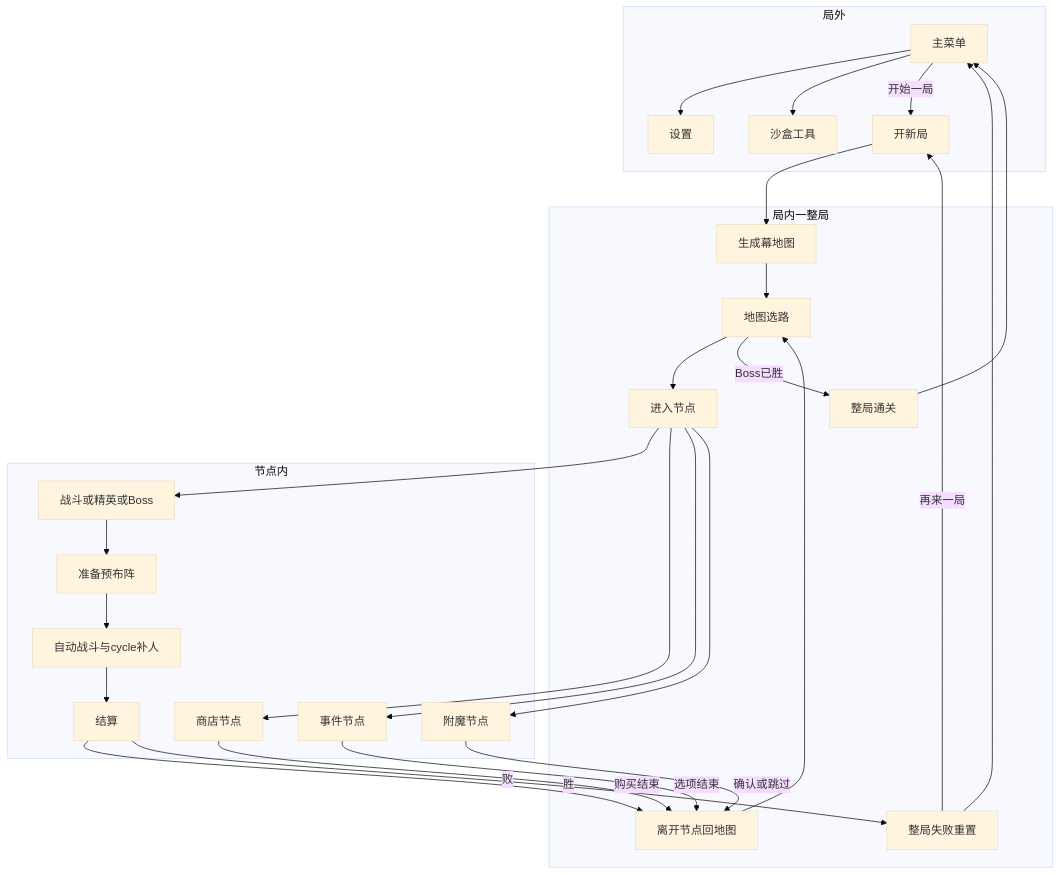
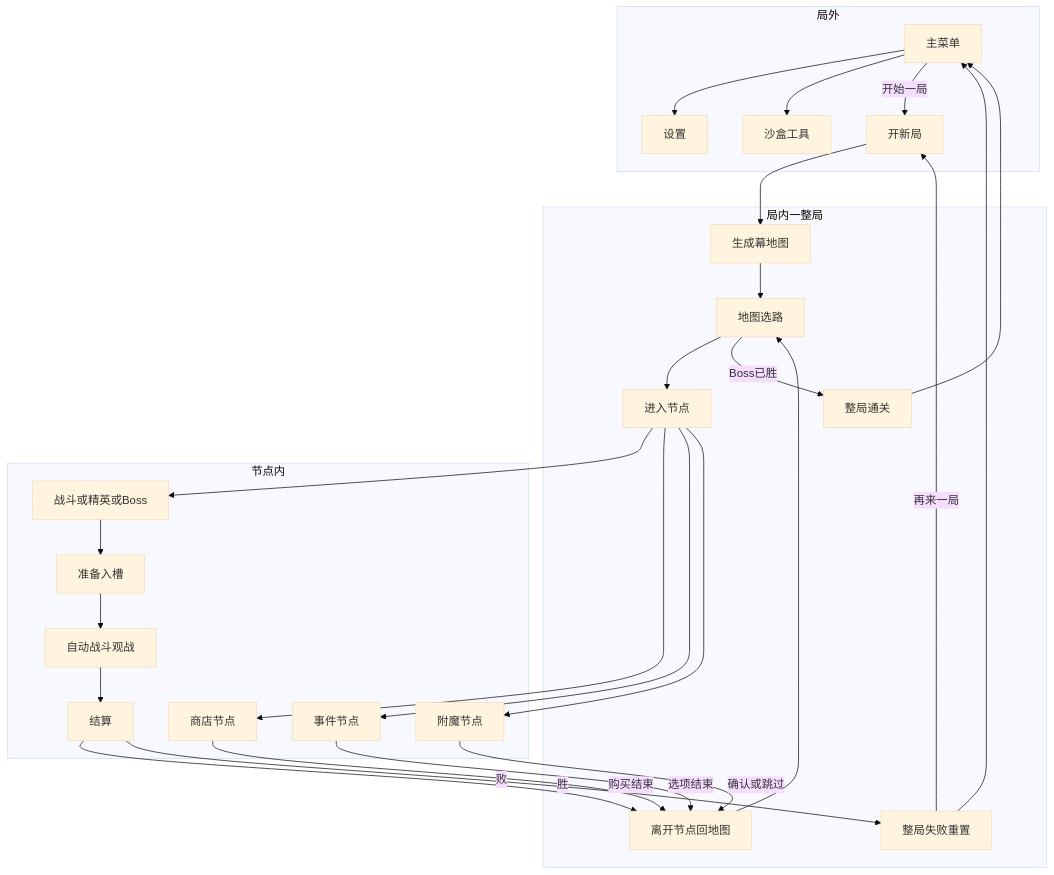
One commit to Kanerickyz/Godot-Project---Clash-royale-like-Game changed the diagram in Documents/Features/GAME_LOOP.md. Above: the diagram before and after it, drawn with Mermaid (base theme). The commit also changed other lines of this file and 15 other files, not shown here.

````diff
--- a/Documents/Features/GAME_LOOP.md
+++ b/Documents/Features/GAME_LOOP.md
@@ -101,48 +101,48 @@
 ```mermaid
 flowchart TD
   subgraph Meta[局外]
     MainMenu[主菜单]
     Settings[设置]
     Sandbox[沙盒工具]
     MainMenu --> Settings
     MainMenu --> Sandbox
     MainMenu -->|开始一局| NewRun[开新局]
   end
 
   subgraph RunLoop[局内一整局]
     GenMap[生成幕地图]
     MapSelect[地图选路]
     EnterNode[进入节点]
     LeaveNode[离开节点回地图]
     RunWin[整局通关]
     RunLose[整局失败重置]
     NewRun --> GenMap --> MapSelect
     MapSelect --> EnterNode
     LeaveNode --> MapSelect
     MapSelect -->|Boss已胜| RunWin
   end
 
   subgraph NodeInner[节点内]
     CombatNode[战斗或精英或Boss]
     ShopNode[商店节点]
     EventNode[事件节点]
     EnchantNode[附魔节点]
-    Prep[准备预布阵]
-    AutoCombat[自动战斗与cycle补人]
+    Prep[准备入槽]
+    AutoCombat[自动战斗观战]
     Resolve[结算]
     CombatNode --> Prep --> AutoCombat --> Resolve
     Resolve -->|胜| LeaveNode
     Resolve -->|败| RunLose
     ShopNode -->|购买结束| LeaveNode
     EventNode -->|选项结束| LeaveNode
     EnchantNode -->|确认或跳过| LeaveNode
   end
 
   EnterNode --> CombatNode
   EnterNode --> ShopNode
   EnterNode --> EventNode
   EnterNode --> EnchantNode
   RunWin --> MainMenu
   RunLose --> MainMenu
   RunLose -->|再来一局| NewRun
 ```
````
